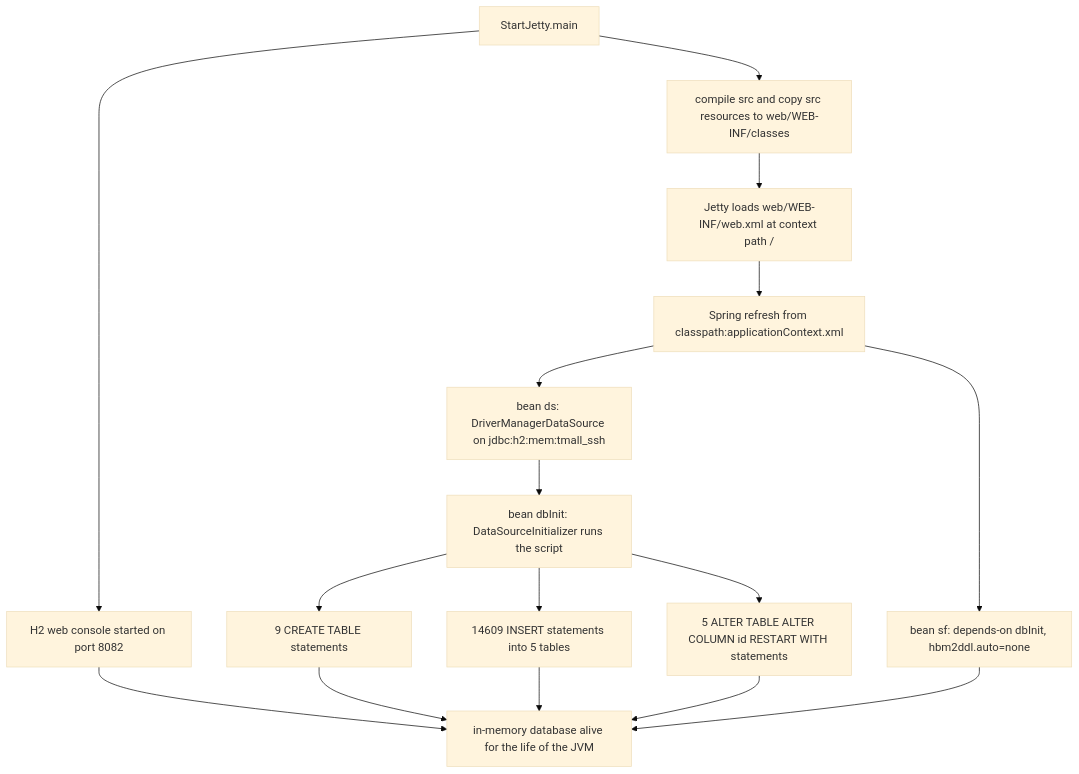
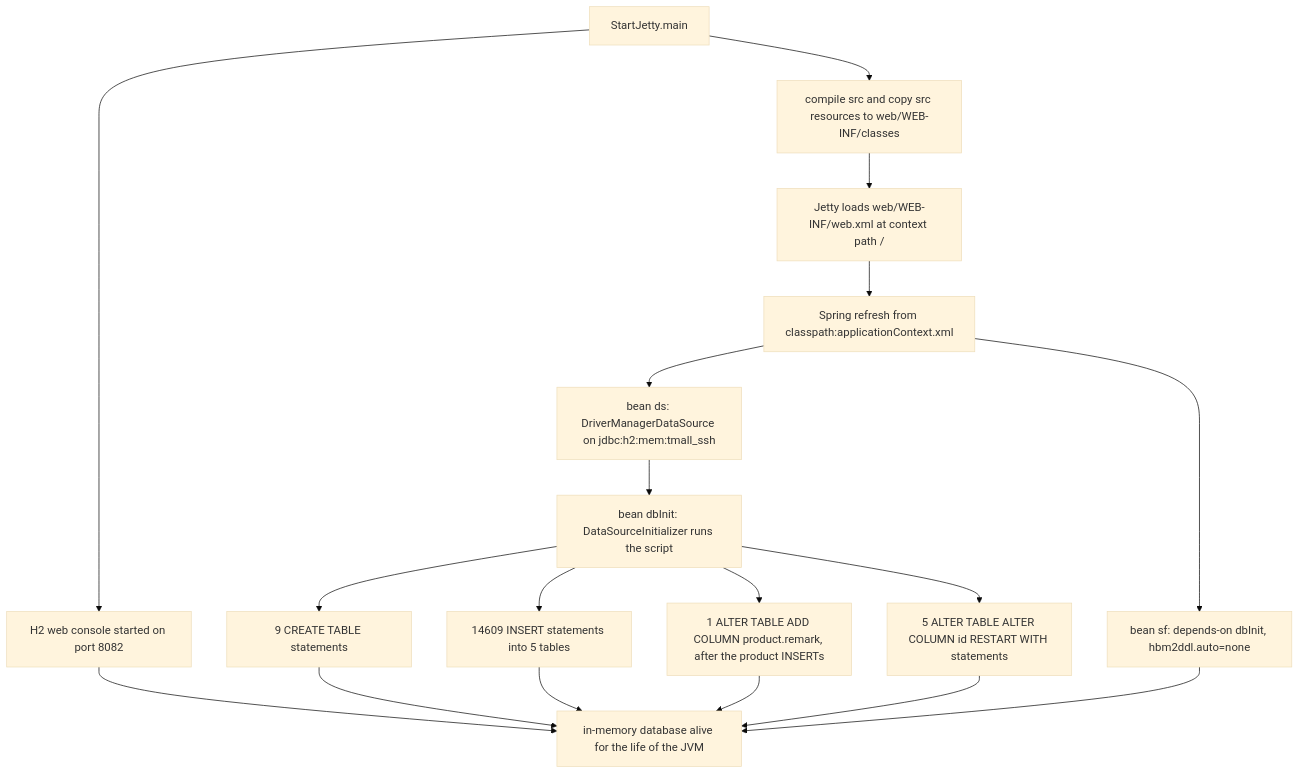
The diagram in openwiki/operations/data-and-schema.md (fywstar/Tmall_SSH), drawn with Mermaid (base theme) before and after one commit. The commit also changed other lines of this file and 37 other files, not shown here.

````diff
--- a/openwiki/operations/data-and-schema.md
+++ b/openwiki/operations/data-and-schema.md
@@ -79,18 +94,20 @@
 ```mermaid
 flowchart TD
     MAIN["StartJetty.main"] --> CONSOLE["H2 web console started on port 8082"]
     MAIN --> COMPILE["compile src and copy src resources to web/WEB-INF/classes"]
     COMPILE --> WEBAPP["Jetty loads web/WEB-INF/web.xml at context path /"]
     WEBAPP --> SPRING["Spring refresh from classpath:applicationContext.xml"]
     SPRING --> DS["bean ds: DriverManagerDataSource on jdbc:h2:mem:tmall_ssh"]
     DS --> DBINIT["bean dbInit: DataSourceInitializer runs the script"]
     DBINIT --> SCHEMA["9 CREATE TABLE statements"]
     DBINIT --> ROWS["14609 INSERT statements into 5 tables"]
+    DBINIT --> ADDCOL["1 ALTER TABLE ADD COLUMN product.remark, after the product INSERTs"]
     DBINIT --> CAL["5 ALTER TABLE ALTER COLUMN id RESTART WITH statements"]
     SCHEMA --> MEMDB["in-memory database alive for the life of the JVM"]
     ROWS --> MEMDB
+    ADDCOL --> MEMDB
     CAL --> MEMDB
     CONSOLE --> MEMDB
     SPRING --> SF["bean sf: depends-on dbInit, hbm2ddl.auto=none"]
     SF --> MEMDB
 ```
````
